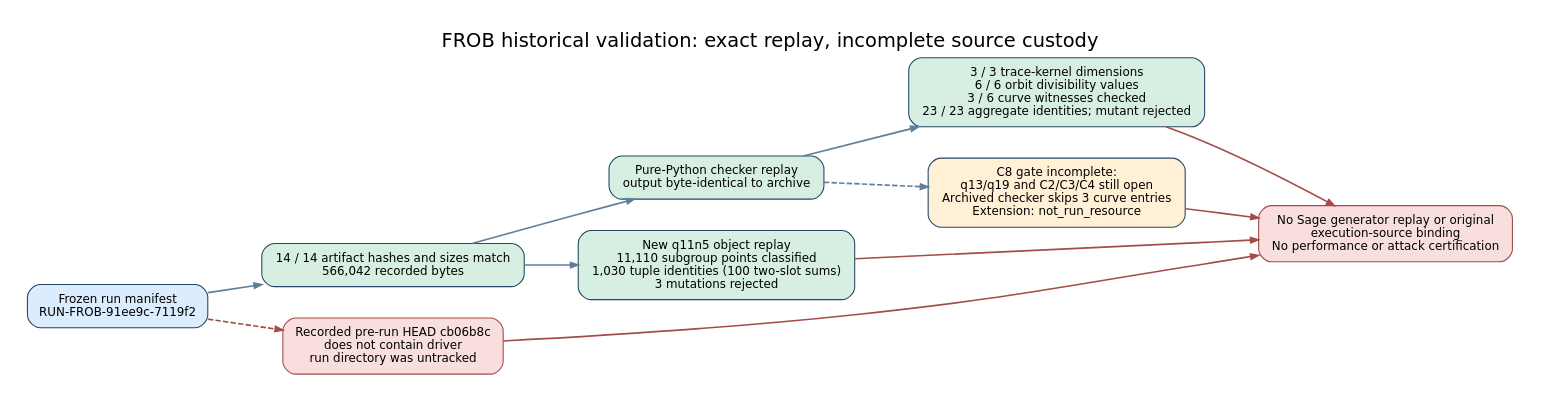
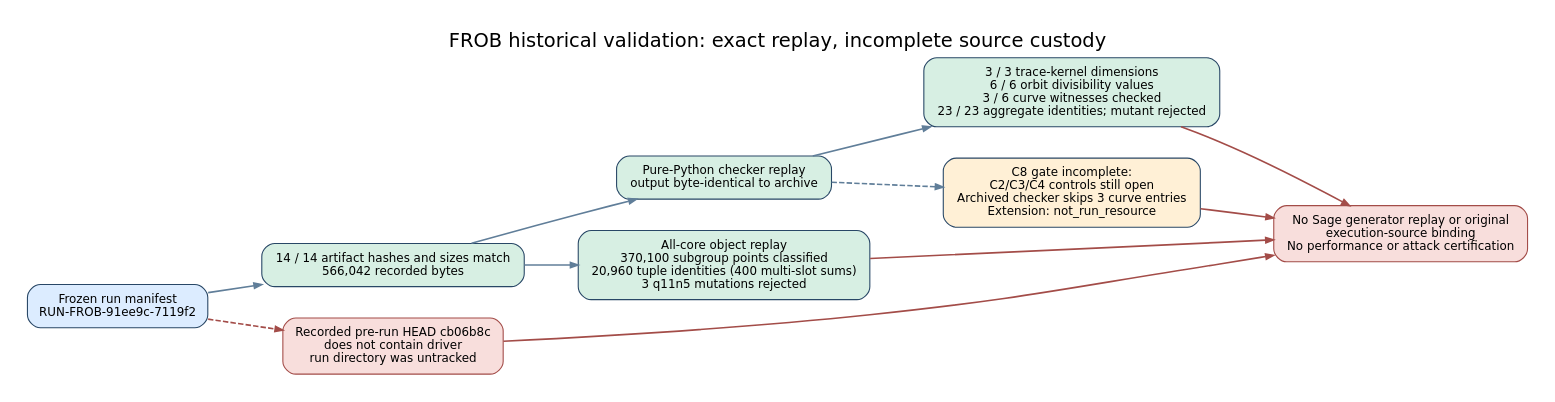
The diagram in docs/reports/2026-10-22-frob-provenance-audit/audit.dot (aburan28/crypto-autoresearcher), drawn with Graphviz before and after one commit. The commit also changed 10 other files, not shown here.

Commit message:
replay all frozen FROB core object arms independently

```diff
--- a/docs/reports/2026-10-22-frob-provenance-audit/audit.dot
+++ b/docs/reports/2026-10-22-frob-provenance-audit/audit.dot
@@ -1,20 +1,20 @@
 digraph frob_audit {
   graph [rankdir=LR, bgcolor="white", pad="0.25", nodesep="0.4", ranksep="0.7", fontname="DejaVu Sans", fontsize=18, label="FROB historical validation: exact replay, incomplete source custody", labelloc=t];
   node [shape=box, style="rounded,filled", color="#284766", fillcolor="#e7f1fb", fontname="DejaVu Sans", fontsize=11, margin="0.16,0.11"];
   edge [color="#607e99", penwidth=1.5, arrowsize=0.7];
 
   manifest [label="Frozen run manifest\nRUN-FROB-91ee9c-7119f2", fillcolor="#dcecff"];
   artifacts [label="14 / 14 artifact hashes and sizes match\n566,042 recorded bytes", fillcolor="#d7efe3"];
   checker [label="Pure-Python checker replay\noutput byte-identical to archive", fillcolor="#d7efe3"];
   checked [label="3 / 3 trace-kernel dimensions\n6 / 6 orbit divisibility values\n3 / 6 curve witnesses checked\n23 / 23 aggregate identities; mutant rejected", fillcolor="#d7efe3"];
-  split [label="New q11n5 object replay\n11,110 subgroup points classified\n1,030 tuple identities (100 two-slot sums)\n3 mutations rejected", fillcolor="#d7efe3"];
-  partial [label="C8 gate incomplete:\nq13/q19 and C2/C3/C4 still open\nArchived checker skips 3 curve entries\nExtension: not_run_resource", fillcolor="#fff0d6"];
+  core [label="All-core object replay\n370,100 subgroup points classified\n20,960 tuple identities (400 multi-slot sums)\n3 q11n5 mutations rejected", fillcolor="#d7efe3"];
+  partial [label="C8 gate incomplete:\nC2/C3/C4 controls still open\nArchived checker skips 3 curve entries\nExtension: not_run_resource", fillcolor="#fff0d6"];
   source [label="Recorded pre-run HEAD cb06b8c\ndoes not contain driver\nrun directory was untracked", fillcolor="#f8dedc", color="#a34c48"];
   boundary [label="No Sage generator replay or original\nexecution-source binding\nNo performance or attack certification", fillcolor="#f8dedc", color="#a34c48"];
 
   manifest -> artifacts -> checker -> checked;
-  artifacts -> split;
+  artifacts -> core;
   checker -> partial [style=dashed];
   manifest -> source [style=dashed, color="#a34c48"];
-  {checked split partial source} -> boundary [color="#a34c48"];
+  {checked core partial source} -> boundary [color="#a34c48"];
 }
```
